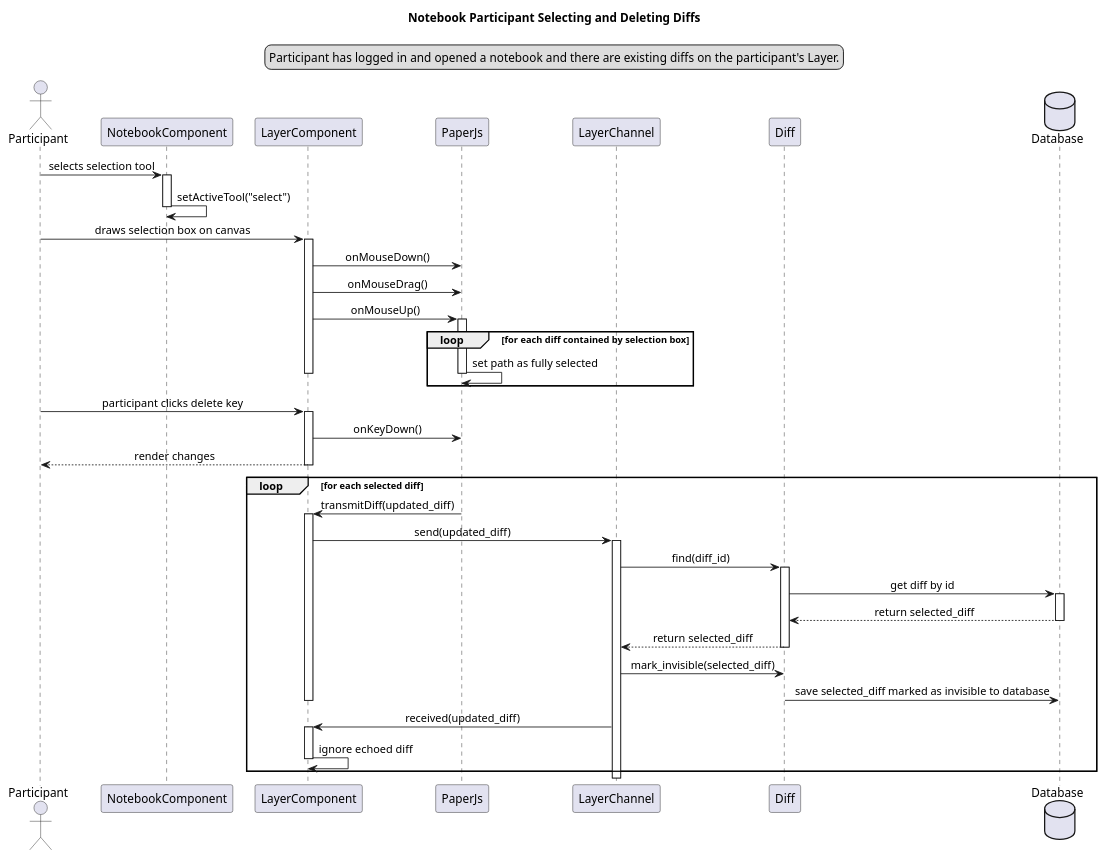
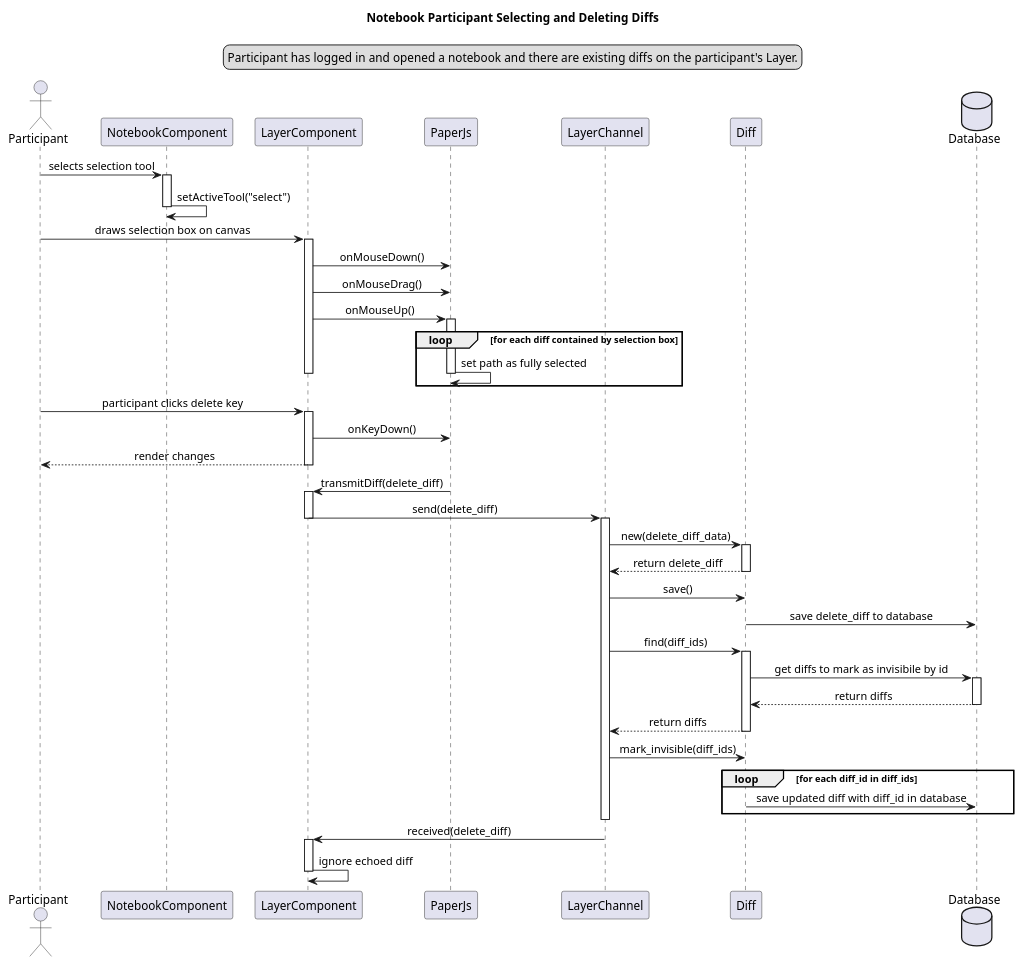
Before and after one commit to calebschoepp/canvasync: the diagram in docs/preliminary_design/participant_select_and_delete_diff_seq.plantuml, drawn with PlantUML. The commit also changed 19 other files, not shown here.

Commit message:
Lotta uml

```diff
--- a/docs/preliminary_design/participant_select_and_delete_diff_seq.plantuml
+++ b/docs/preliminary_design/participant_select_and_delete_diff_seq.plantuml
@@ -1,65 +1,72 @@
 @startuml Notebook Participant Selecting and Deleting
 title Notebook Participant Selecting and Deleting Diffs
 skinparam sequenceMessageAlign center
 legend top
 Participant has logged in and opened a notebook and there are existing diffs on the participant's Layer.
 endlegend
 
 actor Participant as partic
 participant NotebookComponent as nc
 participant LayerComponent as lc
 participant PaperJs as pjs
 participant LayerChannel as lch
 participant Diff as d
 database Database as db
 
 partic -> nc : selects selection tool
 activate nc
 nc -> nc : setActiveTool("select")
 deactivate nc
 partic -> lc : draws selection box on canvas
 activate lc
 
 lc -> pjs : onMouseDown()
 lc -> pjs : onMouseDrag()
 lc -> pjs : onMouseUp()
 activate pjs
 loop for each diff contained by selection box
   pjs -> pjs : set path as fully selected
 deactivate pjs
 deactivate lc
 end
 
 partic -> lc : participant clicks delete key
 activate lc
 
 lc -> pjs : onKeyDown()
 
 lc --> partic : render changes
 deactivate lc
 
-loop for each selected diff
-  pjs -> lc : transmitDiff(updated_diff)
-  activate lc
+pjs -> lc : transmitDiff(delete_diff)
+activate lc
 
-  lc -> lch : send(updated_diff)
-  activate lch
-  lch -> d : find(diff_id)
-  activate d
-  d -> db : get diff by id
-  activate db
-  db --> d : return selected_diff
-  deactivate db
-  d --> lch : return selected_diff
-  deactivate d
-  lch -> d : mark_invisible(selected_diff)
-  d -> db : save selected_diff marked as invisible to database
-  deactivate lc
+lc -> lch : send(delete_diff)
+deactivate lc
+activate lch
+lch -> d : new(delete_diff_data)
+activate d
+d --> lch : return delete_diff
+deactivate d
+lch -> d : save()
+d -> db : save delete_diff to database
+lch -> d : find(diff_ids)
+activate d
+d -> db : get diffs to mark as invisibile by id
+activate db
+db --> d : return diffs
+deactivate db
+d --> lch : return diffs
+deactivate d
+lch -> d : mark_invisible(diff_ids)
+loop for each diff_id in diff_ids
+  d -> db : save updated diff with diff_id in database
+end
+deactivate lch
 
-  lch -> lc : received(updated_diff)
-  activate lc
-  lc -> lc : ignore echoed diff
-  deactivate lc
-end
+lch -> lc : received(delete_diff)
+activate lc
+lc -> lc : ignore echoed diff
+deactivate lc
 
 @enduml
```
